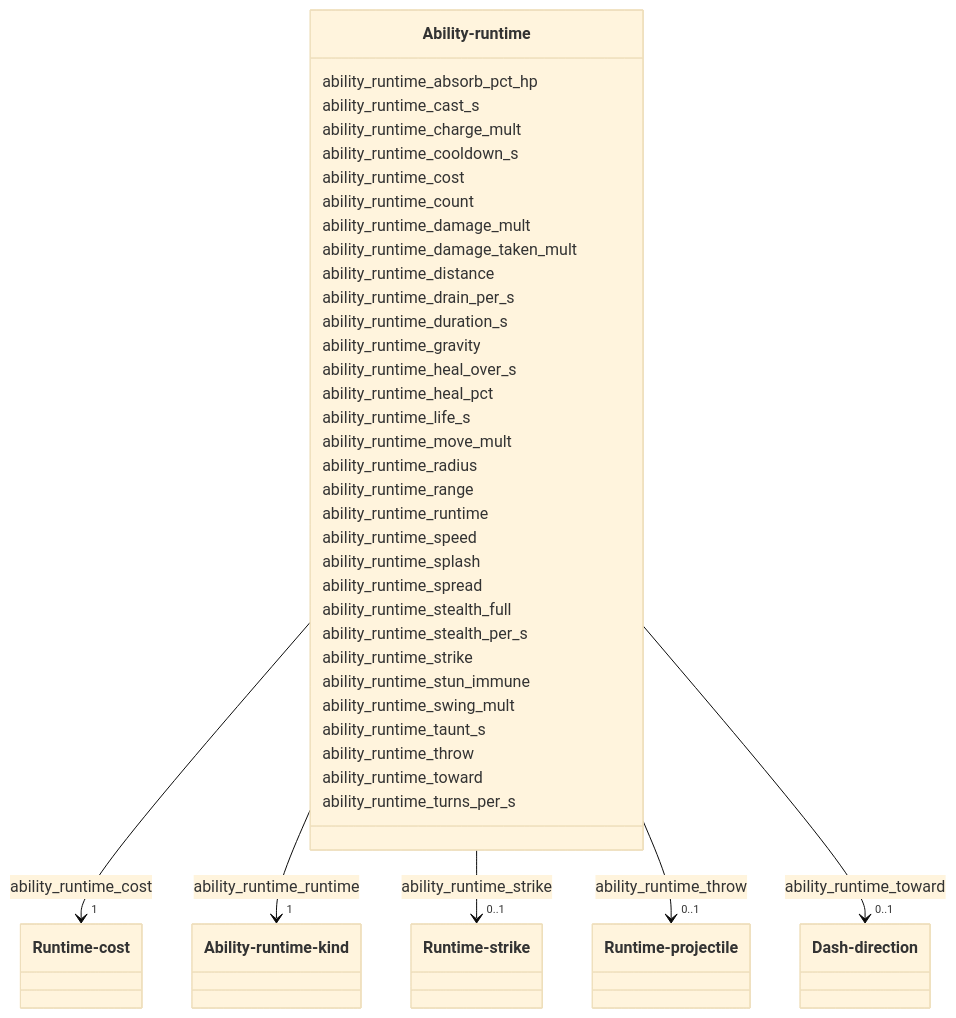
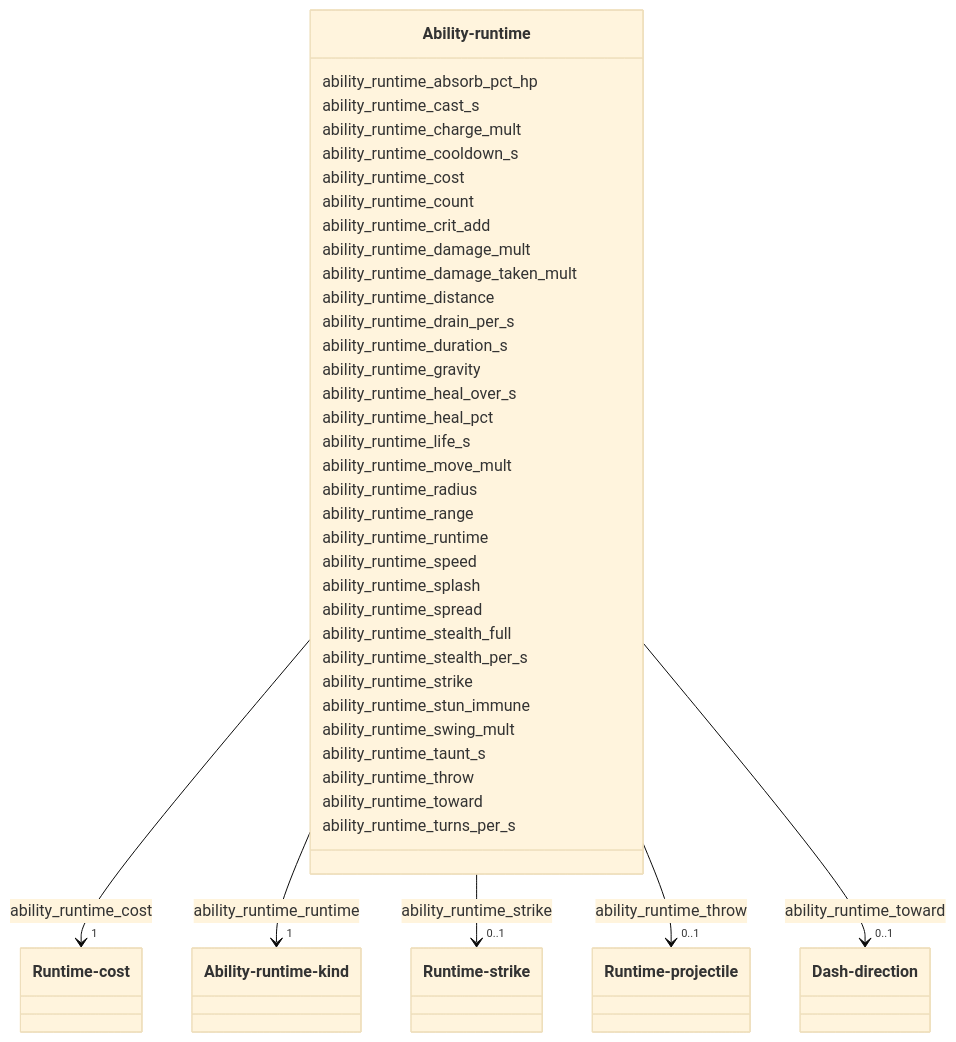
The diagram in docs/ontology/mermaid/classes/ability-runtime.mmd (M4jor-Tom/pixlnd.game), drawn with Mermaid (base theme) before and after one commit. The commit also changed 219 other files, not shown here.

Commit message:
feat(ontology): complete generator and design configuration schemas

```diff
--- a/docs/ontology/mermaid/classes/ability-runtime.mmd
+++ b/docs/ontology/mermaid/classes/ability-runtime.mmd
@@ -1,44 +1,45 @@
  classDiagram
     class `Ability-runtime`
     click `Ability-runtime` href "../Ability-runtime"
       `Ability-runtime` : ability_runtime_absorb_pct_hp
       `Ability-runtime` : ability_runtime_cast_s
       `Ability-runtime` : ability_runtime_charge_mult
       `Ability-runtime` : ability_runtime_cooldown_s
       `Ability-runtime` : ability_runtime_cost
         `Ability-runtime` --> "1" `Runtime-cost` : ability_runtime_cost
         click `Runtime-cost` href "../Runtime-cost"
       `Ability-runtime` : ability_runtime_count
+      `Ability-runtime` : ability_runtime_crit_add
       `Ability-runtime` : ability_runtime_damage_mult
       `Ability-runtime` : ability_runtime_damage_taken_mult
       `Ability-runtime` : ability_runtime_distance
       `Ability-runtime` : ability_runtime_drain_per_s
       `Ability-runtime` : ability_runtime_duration_s
       `Ability-runtime` : ability_runtime_gravity
       `Ability-runtime` : ability_runtime_heal_over_s
       `Ability-runtime` : ability_runtime_heal_pct
       `Ability-runtime` : ability_runtime_life_s
       `Ability-runtime` : ability_runtime_move_mult
       `Ability-runtime` : ability_runtime_radius
       `Ability-runtime` : ability_runtime_range
       `Ability-runtime` : ability_runtime_runtime
         `Ability-runtime` --> "1" `Ability-runtime-kind` : ability_runtime_runtime
         click `Ability-runtime-kind` href "../Ability-runtime-kind"
       `Ability-runtime` : ability_runtime_speed
       `Ability-runtime` : ability_runtime_splash
       `Ability-runtime` : ability_runtime_spread
       `Ability-runtime` : ability_runtime_stealth_full
       `Ability-runtime` : ability_runtime_stealth_per_s
       `Ability-runtime` : ability_runtime_strike
         `Ability-runtime` --> "0..1" `Runtime-strike` : ability_runtime_strike
         click `Runtime-strike` href "../Runtime-strike"
       `Ability-runtime` : ability_runtime_stun_immune
       `Ability-runtime` : ability_runtime_swing_mult
       `Ability-runtime` : ability_runtime_taunt_s
       `Ability-runtime` : ability_runtime_throw
         `Ability-runtime` --> "0..1" `Runtime-projectile` : ability_runtime_throw
         click `Runtime-projectile` href "../Runtime-projectile"
       `Ability-runtime` : ability_runtime_toward
         `Ability-runtime` --> "0..1" `Dash-direction` : ability_runtime_toward
         click `Dash-direction` href "../Dash-direction"
       `Ability-runtime` : ability_runtime_turns_per_s
```
